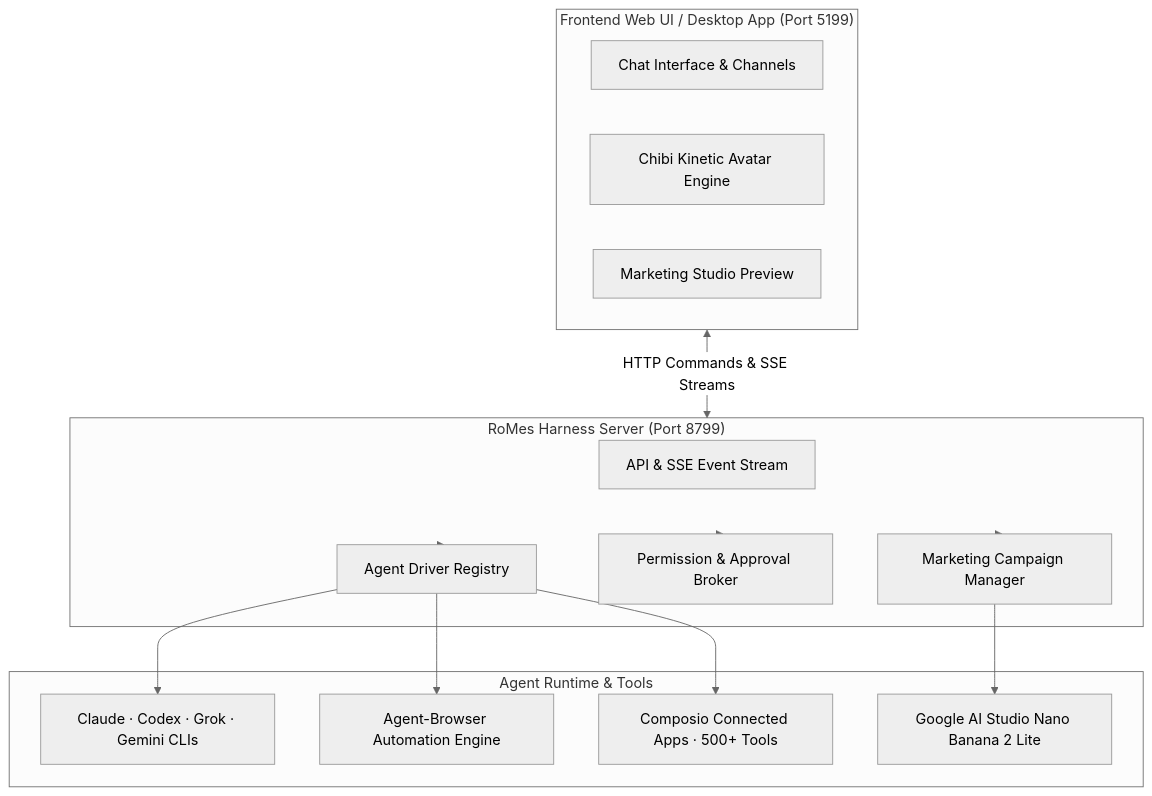
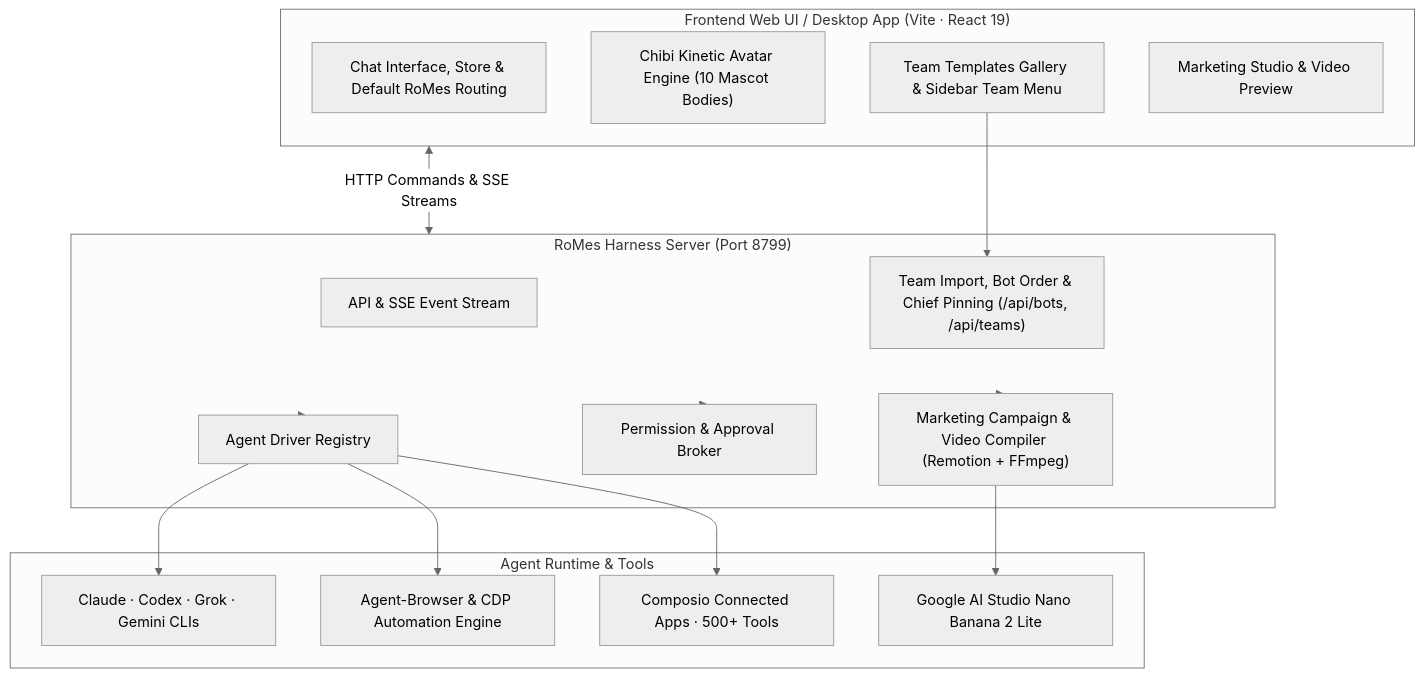
The diagram in README.md (QnShiChi/RoMes), drawn with Mermaid (neutral theme) before and after one commit. The commit also changed other lines of this file and 73 other files, not shown here.

Commit message:
feat: add team templates, lead pinning, RoMes default routing, and update architecture docs

````diff
--- a/README.md
+++ b/README.md
@@ -99,31 +100,34 @@
 ```mermaid
 flowchart TD
-    subgraph UI ["Frontend Web UI / Desktop App (Port 5199)"]
-        Chat[Chat Interface & Channels]
-        AvatarEngine[Chibi Kinetic Avatar Engine]
-        Studio[Marketing Studio Preview]
+    subgraph UI ["Frontend Web UI / Desktop App (Vite · React 19)"]
+        Chat["Chat Interface, Store & Default RoMes Routing"]
+        AvatarEngine["Chibi Kinetic Avatar Engine (10 Mascot Bodies)"]
+        TeamGallery["Team Templates Gallery & Sidebar Team Menu"]
+        Studio["Marketing Studio & Video Preview"]
     end
 
     subgraph Server ["RoMes Harness Server (Port 8799)"]
-        Router[API & SSE Event Stream]
-        Broker[Permission & Approval Broker]
-        StudioMgr[Marketing Campaign Manager]
-        DriverReg[Agent Driver Registry]
+        Router["API & SSE Event Stream"]
+        TeamStore["Team Import, Bot Order & Chief Pinning (/api/bots, /api/teams)"]
+        Broker["Permission & Approval Broker"]
+        StudioMgr["Marketing Campaign & Video Compiler (Remotion + FFmpeg)"]
+        DriverReg["Agent Driver Registry"]
     end
 
     subgraph Engines ["Agent Runtime & Tools"]
-        CLI[Claude · Codex · Grok · Gemini CLIs]
-        BrowserAuto[Agent-Browser Automation Engine]
-        AIStudio[Google AI Studio Nano Banana 2 Lite]
-        Composio[Composio Connected Apps · 500+ Tools]
+        CLI["Claude · Codex · Grok · Gemini CLIs"]
+        BrowserAuto["Agent-Browser & CDP Automation Engine"]
+        AIStudio["Google AI Studio Nano Banana 2 Lite"]
+        Composio["Composio Connected Apps · 500+ Tools"]
     end
 
     UI <-- "HTTP Commands & SSE Streams" --> Server
+    TeamGallery --> TeamStore
     Server --> DriverReg
     DriverReg --> CLI
     Server --> Broker
     Server --> StudioMgr
     StudioMgr --> AIStudio
     DriverReg --> BrowserAuto
     DriverReg --> Composio
 ```
````
